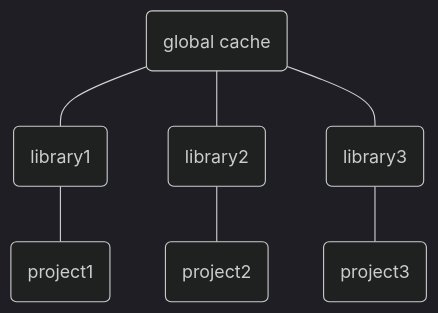
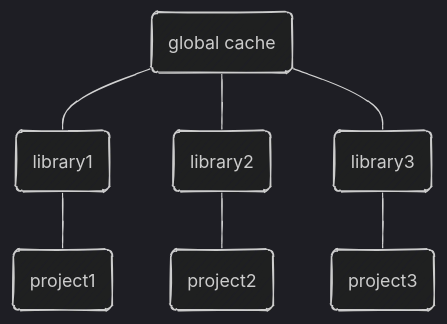
One commit to rstats-wtf/wtf-personal-radmin-slides changed the fourth of 4 diagrams in index.qmd. Above: the diagram before and after it, drawn with Mermaid. The commit also changed other lines of this file and 34 other files, not shown here.

````diff
--- a/index.qmd
+++ b/index.qmd
@@ -1073,17 +1085,17 @@
 ```{mermaid}
-%%{init: {"theme": "dark" } }%%
+%%{init: {"theme": "dark", "look": "handDrawn" } }%%
 graph
 C --- L1
 C --- L2
 C --- L3
 L1 --- P1
 L2 --- P2
 L3 --- P3
 L1(library1)
 L2(library2)
 L3(library3)
 P1(project1)
 P2(project2)
 P3(project3)
 C(global cache)
 ```
````
